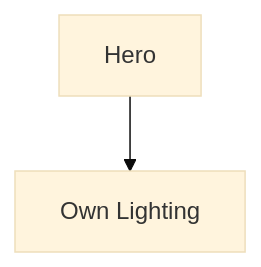
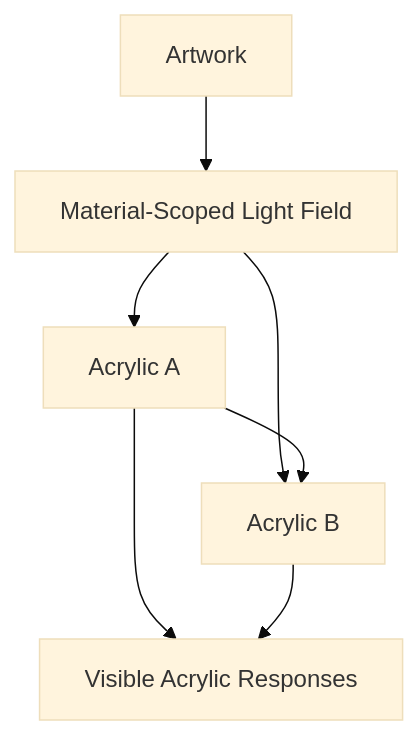
The first of 7 diagrams in docs/design/system/mds-003-material-system/09-light-transport.md (mosaic-media/architecture), drawn with Mermaid (base theme) before and after one commit. The commit also changed other lines of this file and 12 other files, not shown here.

Commit message:
docs(mds-003): define refraction architecture

````diff
--- a/docs/design/system/mds-003-material-system/09-light-transport.md
+++ b/docs/design/system/mds-003-material-system/09-light-transport.md
@@ -81,8 +49,16 @@
 ```mermaid
 flowchart TD
 
-N1["Hero"]
-N2["Own Lighting"]
+N1["Artwork"]
+N2["Material-Scoped Light Field"]
+N3["Acrylic A"]
+N4["Acrylic B"]
+N5["Visible Acrylic Responses"]
 
 N1 --> N2
+N2 --> N3
+N2 --> N4
+N3 --> N4
+N3 --> N5
+N4 --> N5
 ```
````
